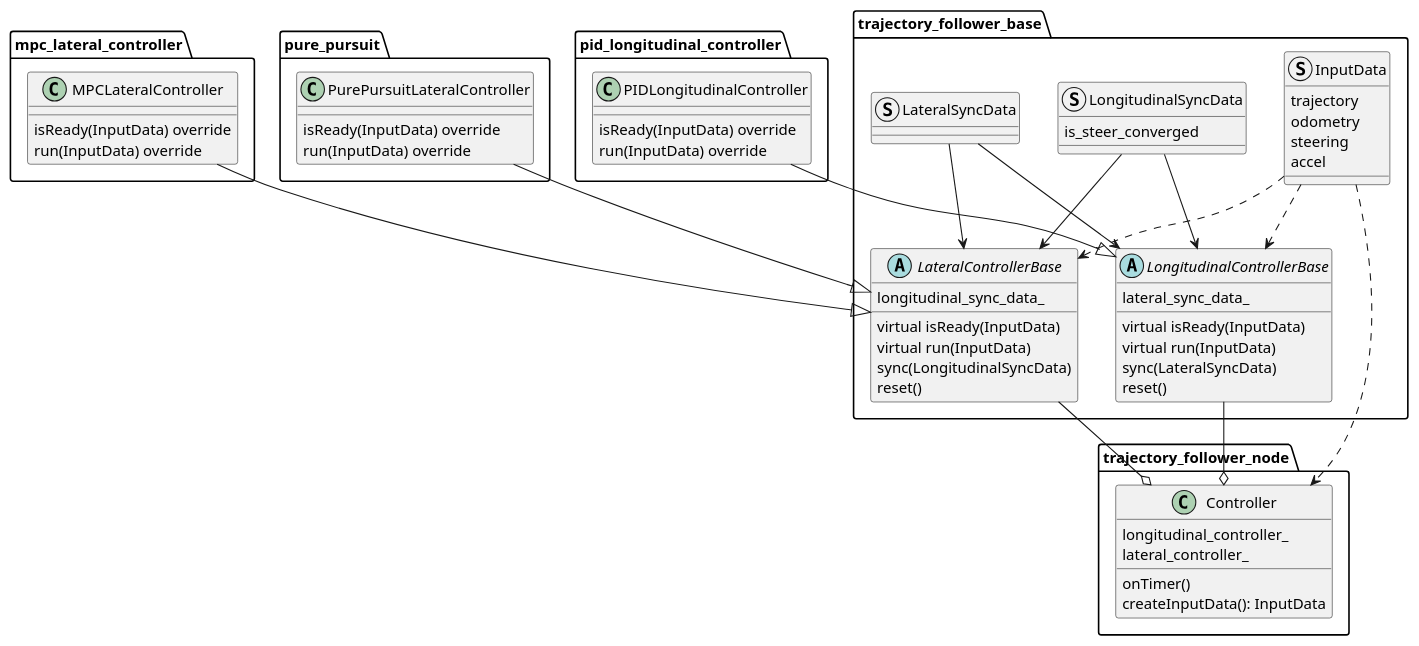
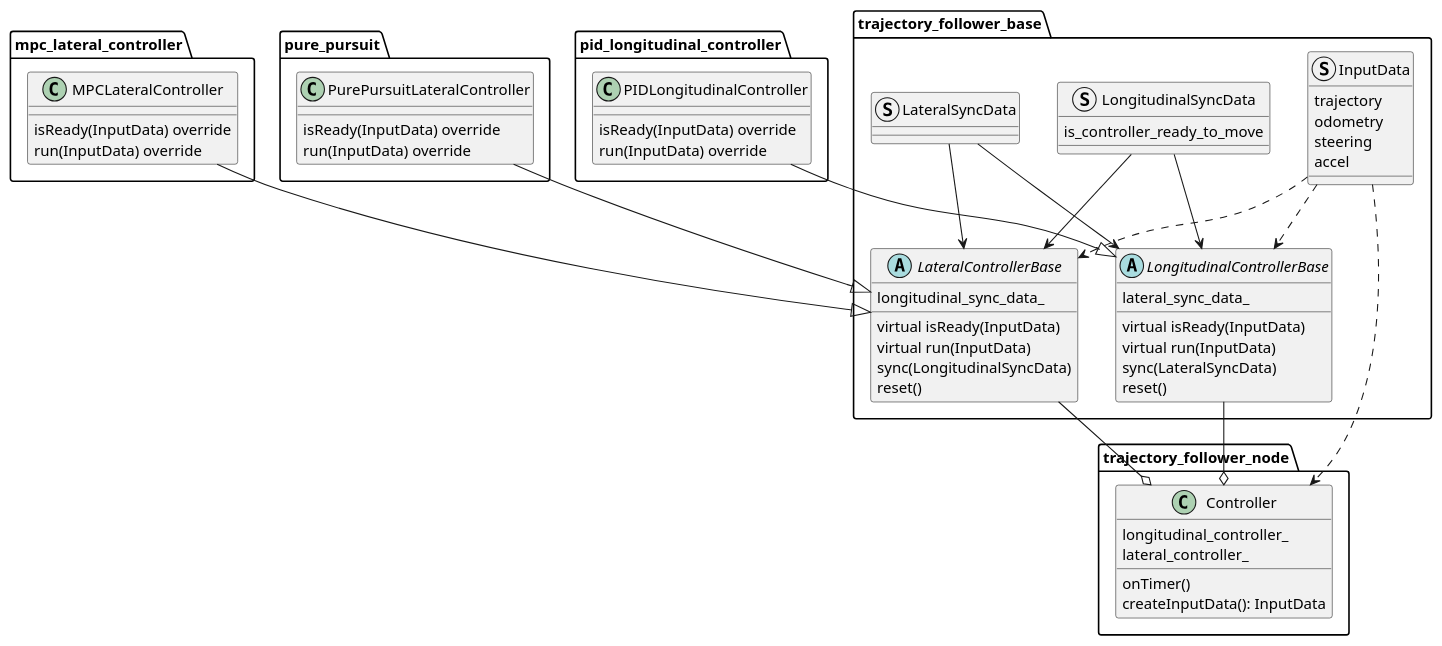
Before and after one commit to autowarefoundation/autoware.universe: the diagram in control/trajectory_follower_node/README.md, drawn with PlantUML. The commit also changed other lines of this file and 19 other files, not shown here.

````diff
--- a/control/trajectory_follower_node/README.md
+++ b/control/trajectory_follower_node/README.md
@@ -13,79 +13,79 @@
 ```plantuml
 @startuml
 package trajectory_follower_base {
 abstract class LateralControllerBase {
 longitudinal_sync_data_
 
     virtual isReady(InputData)
     virtual run(InputData)
     sync(LongitudinalSyncData)
     reset()
 
 }
 abstract class LongitudinalControllerBase {
 lateral_sync_data_
 
     virtual isReady(InputData)
     virtual run(InputData)
     sync(LateralSyncData)
     reset()
 
 }
 
 struct InputData {
 trajectory
 odometry
 steering
 accel
 }
 struct LongitudinalSyncData {
-is_steer_converged
+is_controller_ready_to_move
 }
 struct LateralSyncData {
 }
 }
 
 package mpc_lateral_controller {
 class MPCLateralController {
 isReady(InputData) override
 run(InputData) override
 }
 }
 package pure_pursuit {
 class PurePursuitLateralController {
 isReady(InputData) override
 run(InputData) override
 }
 }
 package pid_longitudinal_controller {
 class PIDLongitudinalController {
 isReady(InputData) override
 run(InputData) override
 }
 }
 
 package trajectory_follower_node {
 class Controller {
 longitudinal_controller_
 lateral_controller_
 onTimer()
 createInputData(): InputData
 }
 }
 
 MPCLateralController --|> LateralControllerBase
 PurePursuitLateralController --|> LateralControllerBase
 PIDLongitudinalController --|> LongitudinalControllerBase
 
 LateralSyncData --> LongitudinalControllerBase
 LateralSyncData --> LateralControllerBase
 LongitudinalSyncData --> LongitudinalControllerBase
 LongitudinalSyncData --> LateralControllerBase
 InputData ..> LateralControllerBase
 InputData ..> LongitudinalControllerBase
 
 LateralControllerBase --o Controller
 LongitudinalControllerBase --o Controller
 InputData ..> Controller
 @enduml
 ```
````
